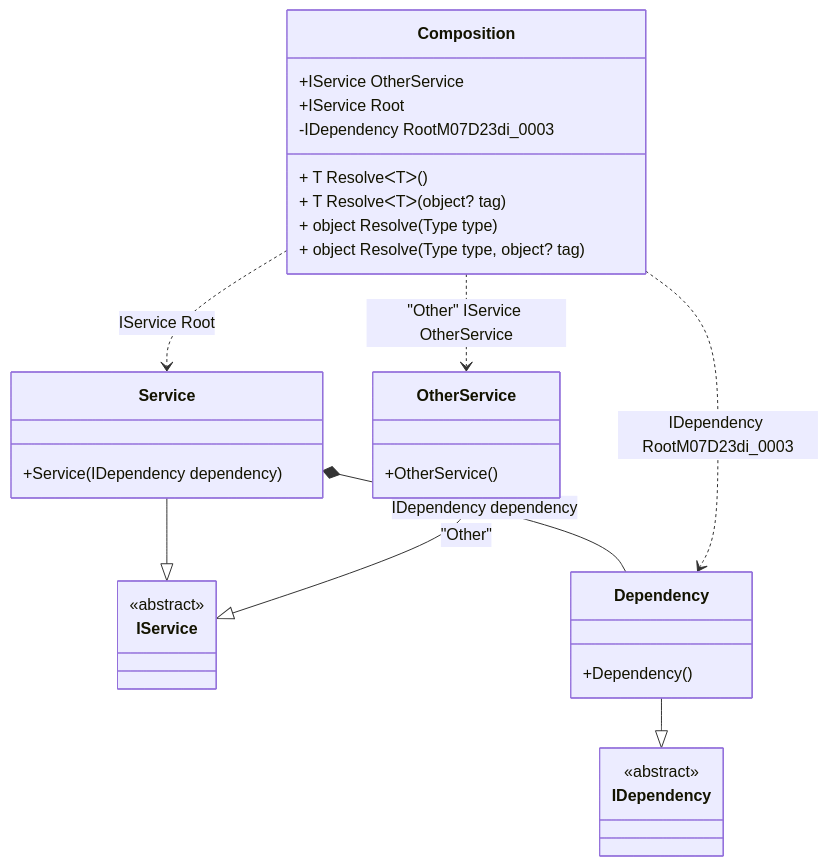
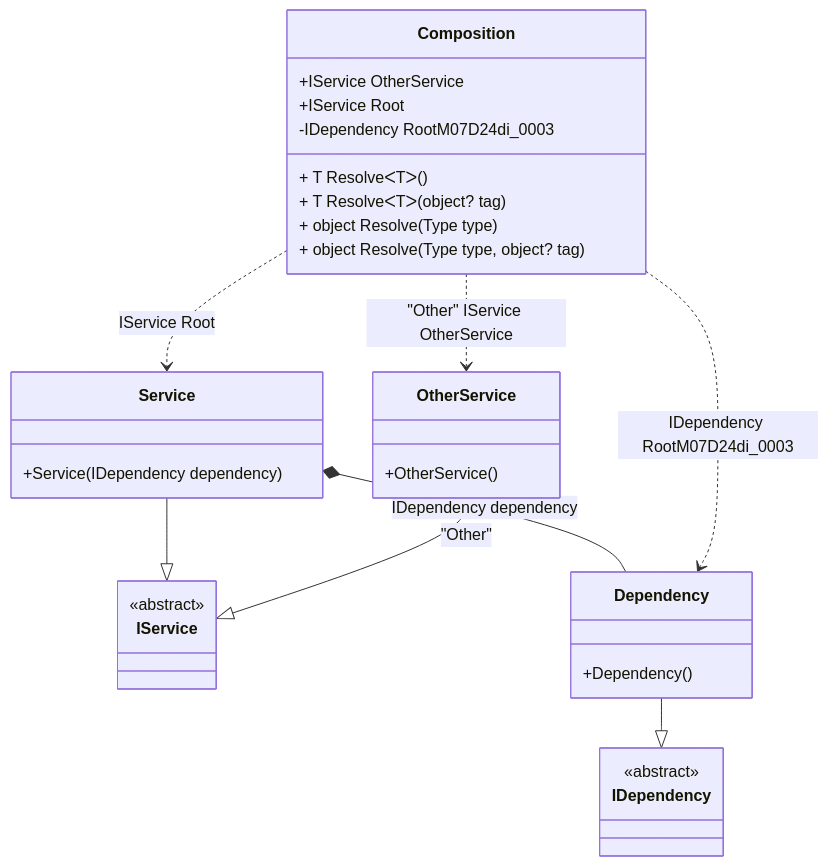
The diagram in readme/composition-roots.md (DevTeam/Pure.DI), drawn with Mermaid before and after one commit. The commit also changed other lines of this file and 51 other files, not shown here.

````diff
--- a/readme/composition-roots.md
+++ b/readme/composition-roots.md
@@ -45,34 +45,34 @@
 ```mermaid
 classDiagram
   class Composition {
     +IService OtherService
     +IService Root
-    -IDependency RootM07D23di_0003
+    -IDependency RootM07D24di_0003
     + T ResolveᐸTᐳ()
     + T ResolveᐸTᐳ(object? tag)
     + object Resolve(Type type)
     + object Resolve(Type type, object? tag)
   }
   Service --|> IService : 
   class Service {
     +Service(IDependency dependency)
   }
   OtherService --|> IService : "Other" 
   class OtherService {
     +OtherService()
   }
   Dependency --|> IDependency : 
   class Dependency {
     +Dependency()
   }
   class IService {
     <<abstract>>
   }
   class IDependency {
     <<abstract>>
   }
   Service *--  Dependency : IDependency dependency
   Composition ..> Service : IService Root
   Composition ..> OtherService : "Other" IService OtherService
-  Composition ..> Dependency : IDependency RootM07D23di_0003
+  Composition ..> Dependency : IDependency RootM07D24di_0003
 ```
````
